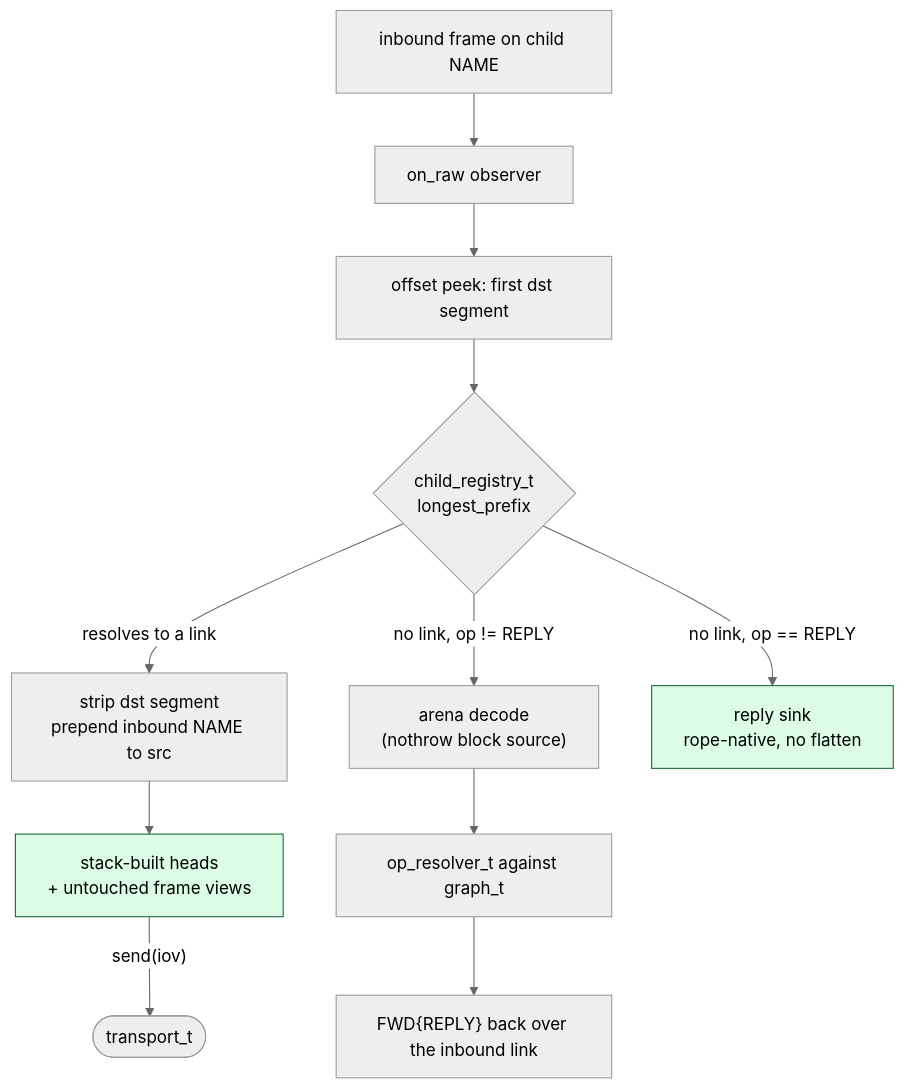
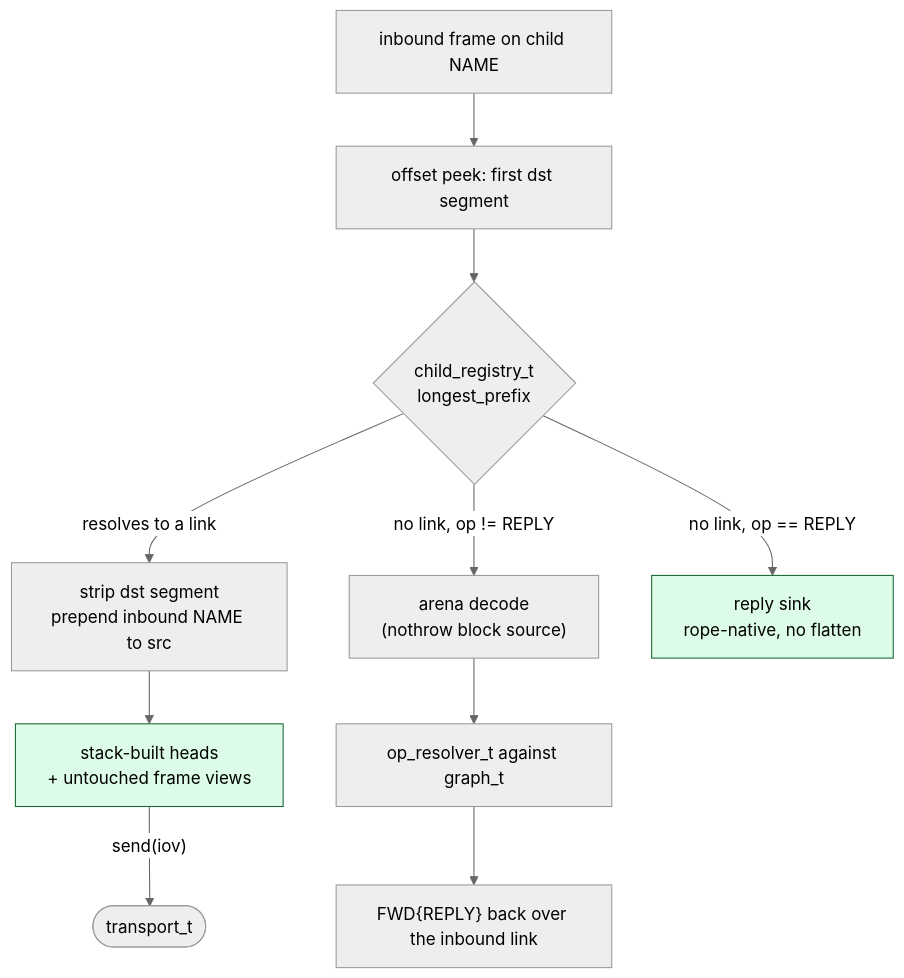
The diagram in docs/modules/fwd-router.md (avatarsd-llc/libtracer), drawn with Mermaid (neutral theme) before and after one commit. The commit also changed other lines of this file and 14 other files, not shown here.

First line of the commit message:
router: delete the test-only frame observers on_raw and on_inbound (#2277)

````diff
--- a/docs/modules/fwd-router.md
+++ b/docs/modules/fwd-router.md
@@ -199,15 +193,14 @@
 ```{mermaid}
 flowchart TB
-    IN["inbound frame on child NAME"] --> RAW["on_raw observer"]
-    RAW --> PEEK["offset peek: first dst segment"]
+    IN["inbound frame on child NAME"] --> PEEK["offset peek: first dst segment"]
     PEEK --> DEMUX{"child_registry_t<br/>longest_prefix"}
     DEMUX -->|"resolves to a link"| FWD["strip dst segment<br/>prepend inbound NAME to src"]
     FWD --> SG["stack-built heads<br/>+ untouched frame views"]
     SG -->|"send(iov)"| OUT(["transport_t"])
     DEMUX -->|"no link, op != REPLY"| TERM["arena decode<br/>(nothrow block source)"]
     TERM --> RES["op_resolver_t against graph_t"]
     RES --> RPL["FWD{REPLY} back over the inbound link"]
     DEMUX -->|"no link, op == REPLY"| SINK["reply sink<br/>rope-native, no flatten"]
     classDef zc fill:#dcfce7,stroke:#166534
     class SG,SINK zc
 ```
````
